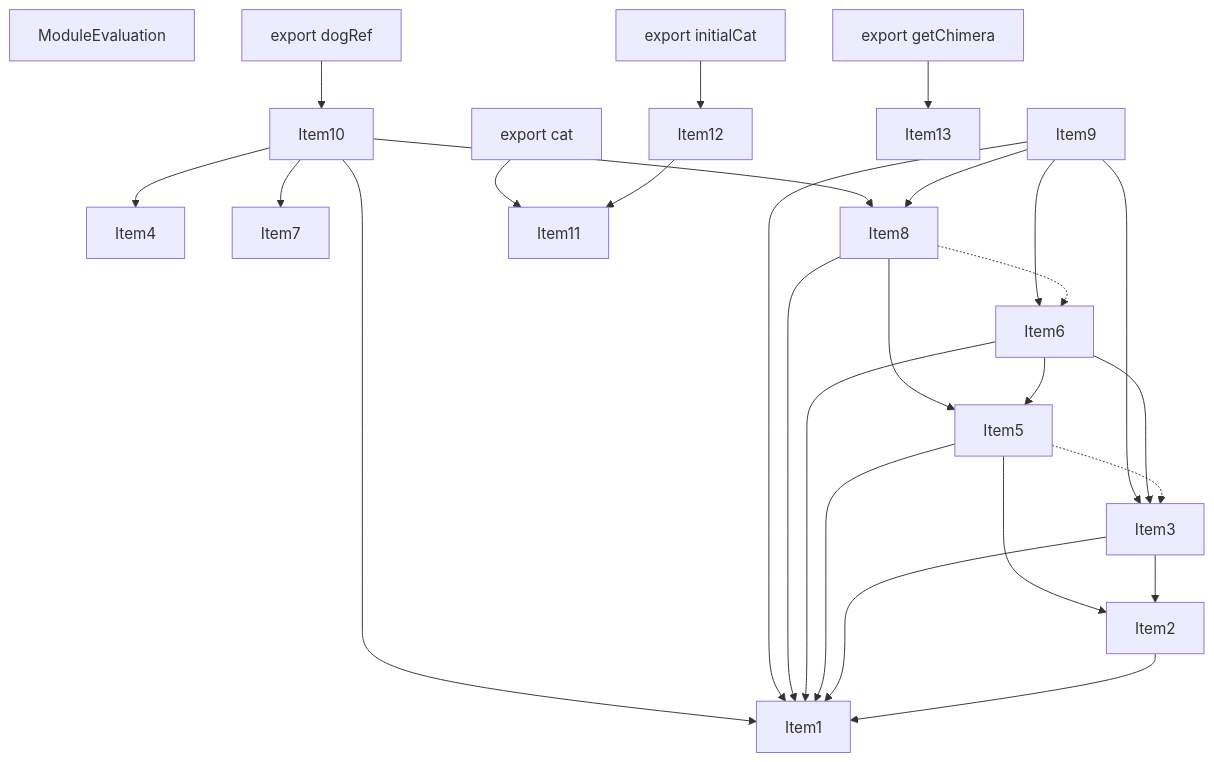
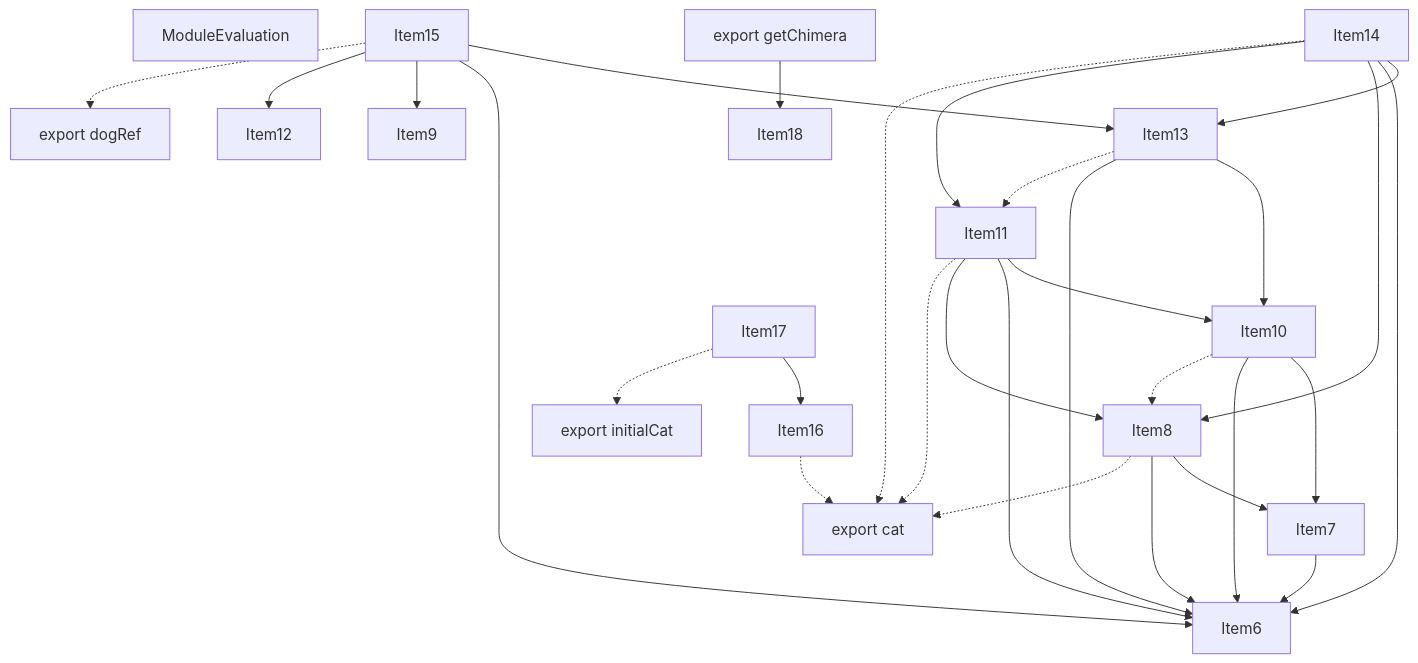
One commit to vercel/turborepo changed the second of 5 diagrams in crates/turbopack-ecmascript/tests/tree-shaker/analyzer/complex/output.md. Above: the diagram before and after it, drawn with Mermaid. The commit also changed other lines of this file and 24 other files, not shown here.

````diff
--- a/crates/turbopack-ecmascript/tests/tree-shaker/analyzer/complex/output.md
+++ b/crates/turbopack-ecmascript/tests/tree-shaker/analyzer/complex/output.md
@@ -181,51 +181,54 @@
 ```mermaid
 graph TD
     Item1;
+    Item1["ModuleEvaluation"];
     Item2;
+    Item2["export cat"];
     Item3;
+    Item3["export dogRef"];
     Item4;
+    Item4["export getChimera"];
     Item5;
+    Item5["export initialCat"];
     Item6;
     Item7;
     Item8;
     Item9;
     Item10;
     Item11;
     Item12;
     Item13;
     Item14;
-    Item14["ModuleEvaluation"];
     Item15;
-    Item15["export dogRef"];
     Item16;
-    Item16["export cat"];
     Item17;
-    Item17["export initialCat"];
     Item18;
-    Item18["export getChimera"];
-    Item2 --> Item1;
-    Item3 --> Item2;
-    Item3 --> Item1;
-    Item5 --> Item2;
-    Item5 --> Item1;
-    Item5 -.-> Item3;
-    Item6 --> Item5;
-    Item6 --> Item1;
-    Item6 --> Item3;
-    Item8 --> Item5;
-    Item8 --> Item1;
-    Item8 -.-> Item6;
-    Item9 --> Item8;
-    Item9 --> Item1;
-    Item9 --> Item3;
-    Item9 --> Item6;
-    Item10 --> Item8;
-    Item10 --> Item1;
-    Item10 --> Item4;
+    Item4 --> Item18;
+    Item7 --> Item6;
+    Item8 --> Item7;
+    Item8 --> Item6;
+    Item8 -.-> Item2;
     Item10 --> Item7;
-    Item12 --> Item11;
-    Item15 --> Item10;
-    Item16 --> Item11;
-    Item17 --> Item12;
-    Item18 --> Item13;
+    Item10 --> Item6;
+    Item10 -.-> Item8;
+    Item11 --> Item10;
+    Item11 --> Item6;
+    Item11 --> Item8;
+    Item11 -.-> Item2;
+    Item13 --> Item10;
+    Item13 --> Item6;
+    Item13 -.-> Item11;
+    Item14 --> Item13;
+    Item14 --> Item6;
+    Item14 --> Item8;
+    Item14 --> Item11;
+    Item14 -.-> Item2;
+    Item15 --> Item13;
+    Item15 --> Item6;
+    Item15 --> Item9;
+    Item15 --> Item12;
+    Item15 -.-> Item3;
+    Item16 -.-> Item2;
+    Item17 --> Item16;
+    Item17 -.-> Item5;
 ```
````
